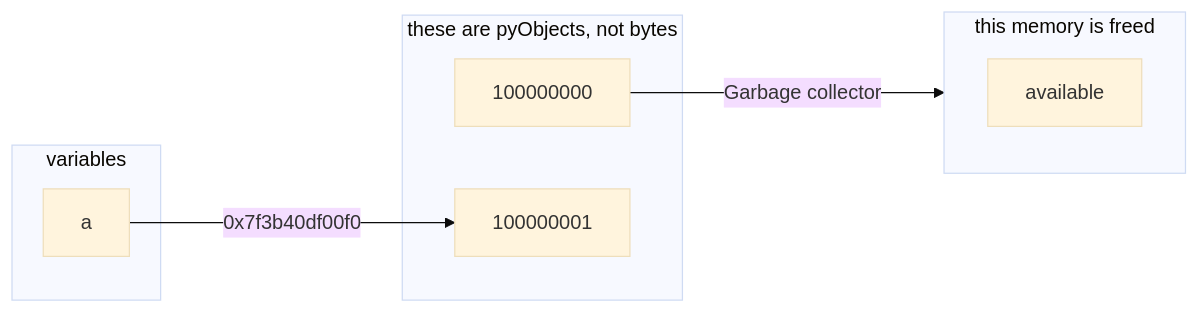
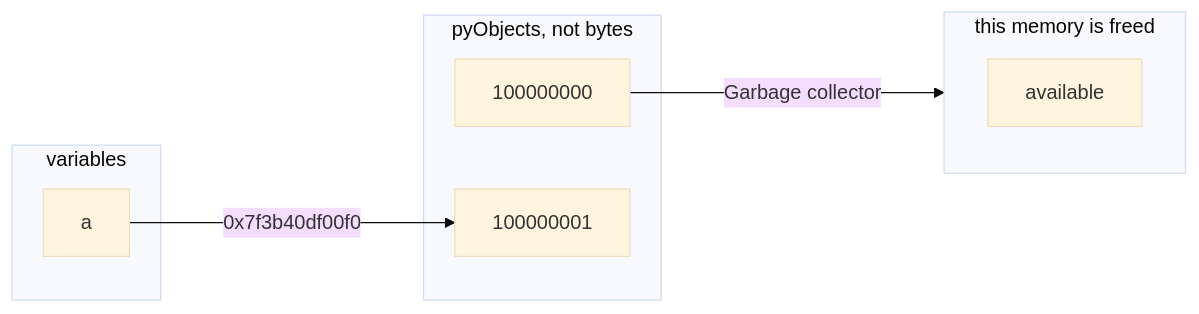
The diagram in _lectures/1.2-compound.md (GAMR1520/GAMR1520), drawn with Mermaid (base theme) before and after one commit.

Commit message:
tweak diagram

```diff
--- a/_lectures/1.2-compound.md
+++ b/_lectures/1.2-compound.md
@@ -121,15 +121,15 @@
     <div class="mermaid">
     flowchart LR;
     subgraph variables
         a
     end
-    subgraph objects ["these are pyObjects, not bytes"]
+    subgraph objects ["pyObjects, not bytes"]
         100000000
         100000001
     end
     subgraph gc ["this memory is freed"]
         available
     end
     a-- 0x7f3b40df00f0 --->100000001
     100000000-- "Garbage collector" --->gc
     </div>
```
